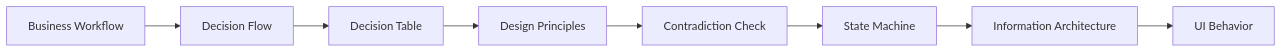
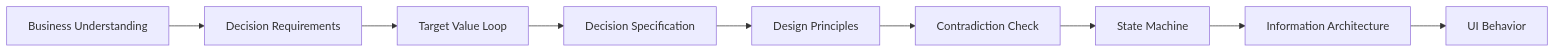
The first of 8 diagrams in skills/interaction-design-review-agent/SKILL.md (lilpacy/dotfiles), drawn with Mermaid before and after one commit. The commit also changed other lines of this file and 25 other files, not shown here.

Commit message:
skills: gate design reviews on business understanding

````diff
--- a/skills/interaction-design-review-agent/SKILL.md
+++ b/skills/interaction-design-review-agent/SKILL.md
@@ -14,13 +10,14 @@
 ```mermaid
 flowchart LR
-    BW[Business Workflow]
-    DF[Decision Flow]
-    DT[Decision Table]
+    BU[Business Understanding]
+    DR[Decision Requirements]
+    VL[Target Value Loop]
+    DS[Decision Specification]
     DP[Design Principles]
     CC[Contradiction Check]
     SM[State Machine]
     IA[Information Architecture]
     UI[UI Behavior]
 
-    BW --> DF --> DT --> DP --> CC --> SM --> IA --> UI
+    BU --> DR --> VL --> DS --> DP --> CC --> SM --> IA --> UI
 ```
````
